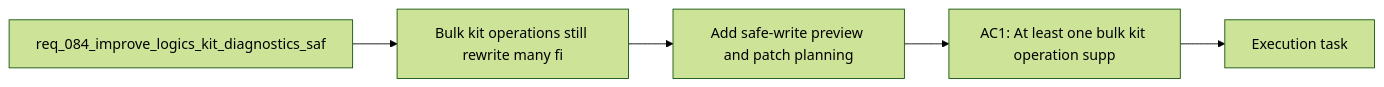
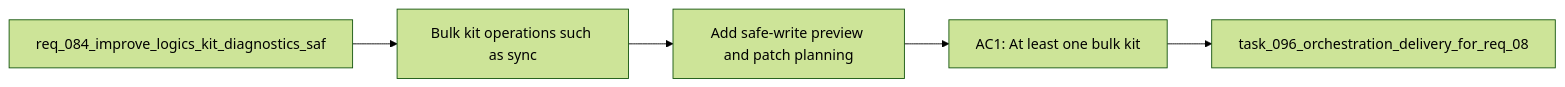
One commit to AlexAgo83/logics-manager changed the diagram in logics/backlog/item_127_add_safe_write_preview_and_patch_planning_for_bulk_logics_kit_operations.md. Above: the diagram before and after it, drawn with Mermaid (forest theme). The commit also changed 481 other files, not shown here.

````diff
--- a/logics/backlog/item_127_add_safe_write_preview_and_patch_planning_for_bulk_logics_kit_operations.md
+++ b/logics/backlog/item_127_add_safe_write_preview_and_patch_planning_for_bulk_logics_kit_operations.md
@@ -26,9 +26,9 @@
 ```mermaid
 %% logics-kind: backlog
 %% logics-signature: backlog|add-safe-write-preview-and-patch-plannin|req-084-improve-logics-kit-diagnostics-s|bulk-kit-operations-such-as-sync|ac1-at-least-one-bulk-kit
 flowchart LR
-    Request[req_084_improve_logics_kit_diagnostics_saf] --> Problem[Bulk kit operations still rewrite many fi]
+    Request[req_084_improve_logics_kit_diagnostics_saf] --> Problem[Bulk kit operations such as sync]
     Problem --> Scope[Add safe-write preview and patch planning]
-    Scope --> Acceptance[AC1: At least one bulk kit operation supp]
-    Acceptance --> Tasks[Execution task]
+    Scope --> Acceptance[AC1: At least one bulk kit]
+    Acceptance --> Tasks[task_096_orchestration_delivery_for_req_08]
 ```
````
